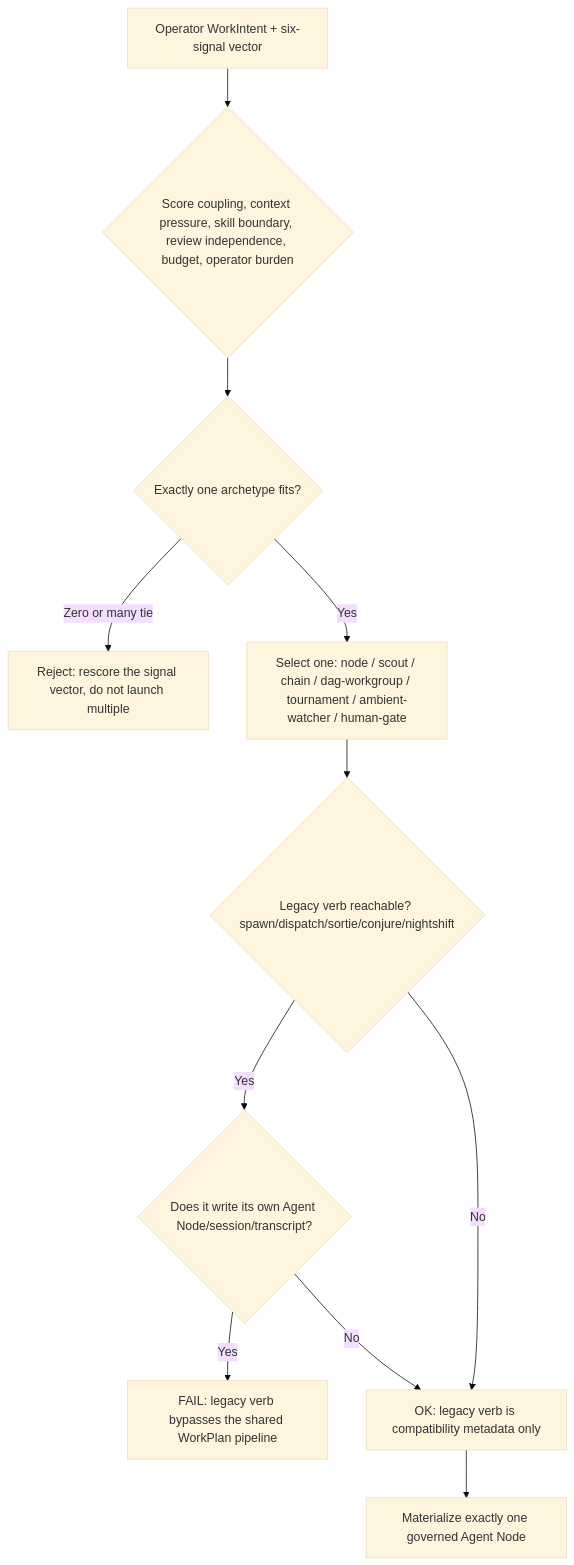
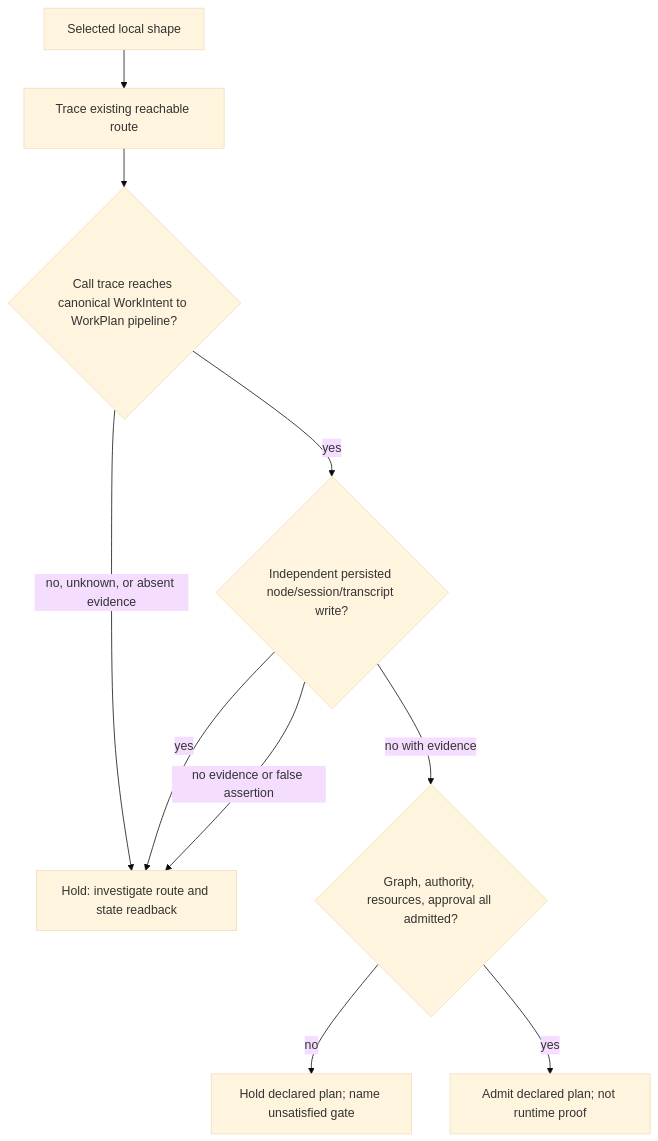
The second of 2 diagrams in skills/work-intake-node-shaping/SKILL.md (curiositech/port-daddy), drawn with Mermaid (base theme) before and after one commit. The commit also changed other lines of this file and 1782 other files, not shown here.

````diff
--- a/skills/work-intake-node-shaping/SKILL.md
+++ b/skills/work-intake-node-shaping/SKILL.md
@@ -73,13 +83,12 @@
 ```mermaid
 flowchart TD
-  A[Operator WorkIntent + six-signal vector] --> B{Score coupling, context pressure, skill boundary, review independence, budget, operator burden}
-  B --> C{Exactly one archetype fits?}
-  C -->|Zero or many tie| D[Reject: rescore the signal vector, do not launch multiple]
-  C -->|Yes| E[Select one: node / scout / chain / dag-workgroup / tournament / ambient-watcher / human-gate]
-  E --> F{Legacy verb reachable? spawn/dispatch/sortie/conjure/nightshift}
-  F -->|Yes| G{Does it write its own Agent Node/session/transcript?}
-  G -->|Yes| H[FAIL: legacy verb bypasses the shared WorkPlan pipeline]
-  G -->|No| I[OK: legacy verb is compatibility metadata only]
-  F -->|No| I
-  I --> J[Materialize exactly one governed Agent Node]
+  I[Selected local shape] --> T[Trace existing reachable route]
+  T --> C{Call trace reaches canonical WorkIntent to WorkPlan pipeline?}
+  C -->|no, unknown, or absent evidence| X[Hold: investigate route and state readback]
+  C -->|yes| P{Independent persisted node/session/transcript write?}
+  P -->|yes| X
+  P -->|no evidence or false assertion| X
+  P -->|no with evidence| G{Graph, authority, resources, approval all admitted?}
+  G -->|no| H[Hold declared plan; name unsatisfied gate]
+  G -->|yes| M[Admit declared plan; not runtime proof]
 ```
````
